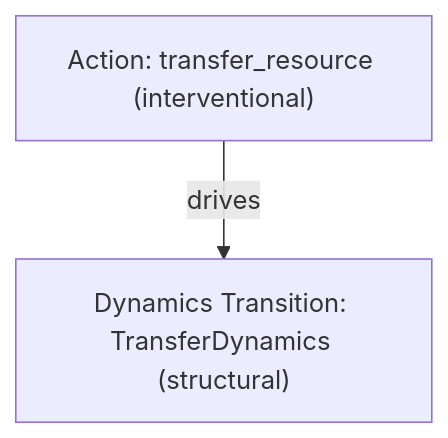
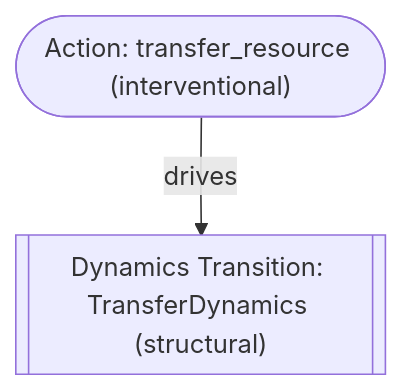
Before and after one commit to vfcarida/Enterprise-World-Model-Engine: the second of 2 diagrams in README.md, drawn with Mermaid. The commit also changed other lines of this file and 9 other files, not shown here.

````diff
--- a/README.md
+++ b/README.md
@@ -356,6 +397,9 @@
 ```mermaid
 flowchart TD
-    action_act_transfer_step_1["Action: transfer_resource (interventional)"]
-    trans_step_1["Dynamics Transition: TransferDynamics (structural)"]
+    accTitle: Systemic Trace Dependency Graph
+    accDescr: Directed dependency graph connecting a scheduled transfer action to the resulting structural dynamics transition step.
+
+    action_act_transfer_step_1(["Action: transfer_resource (interventional)"])
+    trans_step_1[["Dynamics Transition: TransferDynamics (structural)"]]
     action_act_transfer_step_1 -->|"drives"| trans_step_1
 ```
````
